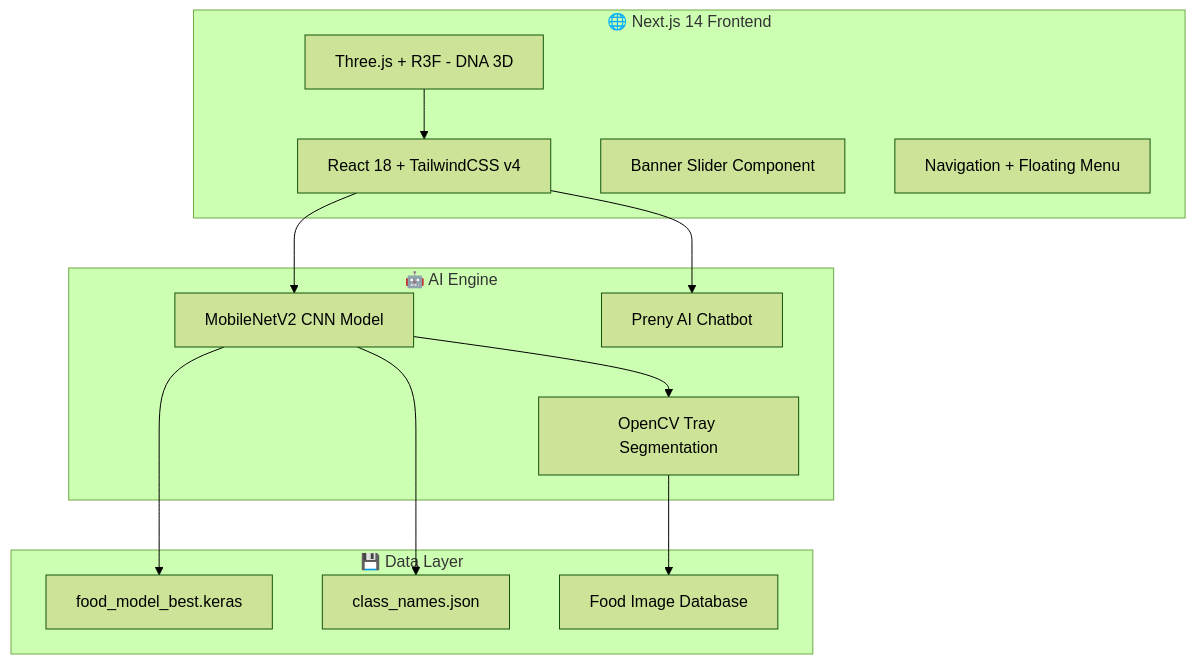
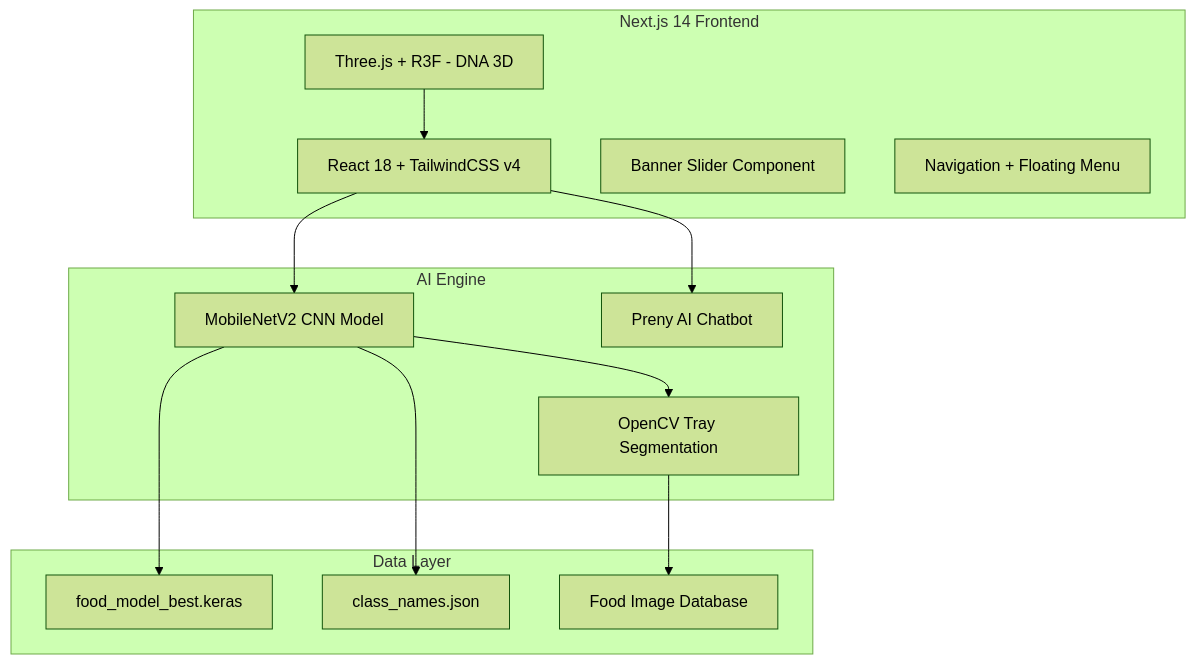
Diagram 11 of 11 in README.md (DevOpsLogistics/FoodVision-Ai), drawn with Mermaid (forest theme) before and after one commit. The commit also changed other lines of this file, not shown here.

Commit message:
Docs: Remove all emojis, add 4 new CNN architecture diagrams and 2 new charts

````diff
--- a/README.md
+++ b/README.md
@@ -294,29 +412,29 @@
 ```mermaid
 graph TB
-    subgraph Frontend ["🌐 Next.js 14 Frontend"]
-        UI[React 18 + TailwindCSS v4]
+    subgraph Frontend ["Next.js 14 Frontend"]
+        UI["React 18 + TailwindCSS v4"]
         DNA3D["Three.js + R3F - DNA 3D"]
-        SLIDER[Banner Slider Component]
-        NAV[Navigation + Floating Menu]
+        SLIDER["Banner Slider Component"]
+        NAV["Navigation + Floating Menu"]
     end
 
-    subgraph AI_Engine ["🤖 AI Engine"]
-        CNN[MobileNetV2 CNN Model]
-        CROP[OpenCV Tray Segmentation]
-        PRENY[Preny AI Chatbot]
+    subgraph AI_Engine ["AI Engine"]
+        CNN["MobileNetV2 CNN Model"]
+        CROP["OpenCV Tray Segmentation"]
+        PRENY["Preny AI Chatbot"]
     end
 
-    subgraph Data ["💾 Data Layer"]
-        MODEL[food_model_best.keras]
-        CLASSES[class_names.json]
-        IMAGES[Food Image Database]
+    subgraph Data ["Data Layer"]
+        MODEL["food_model_best.keras"]
+        CLASSES["class_names.json"]
+        IMAGES["Food Image Database"]
     end
 
     UI --> CNN
     UI --> PRENY
     DNA3D --> UI
     CNN --> CROP
     CNN --> MODEL
     CNN --> CLASSES
     CROP --> IMAGES
 ```
````
